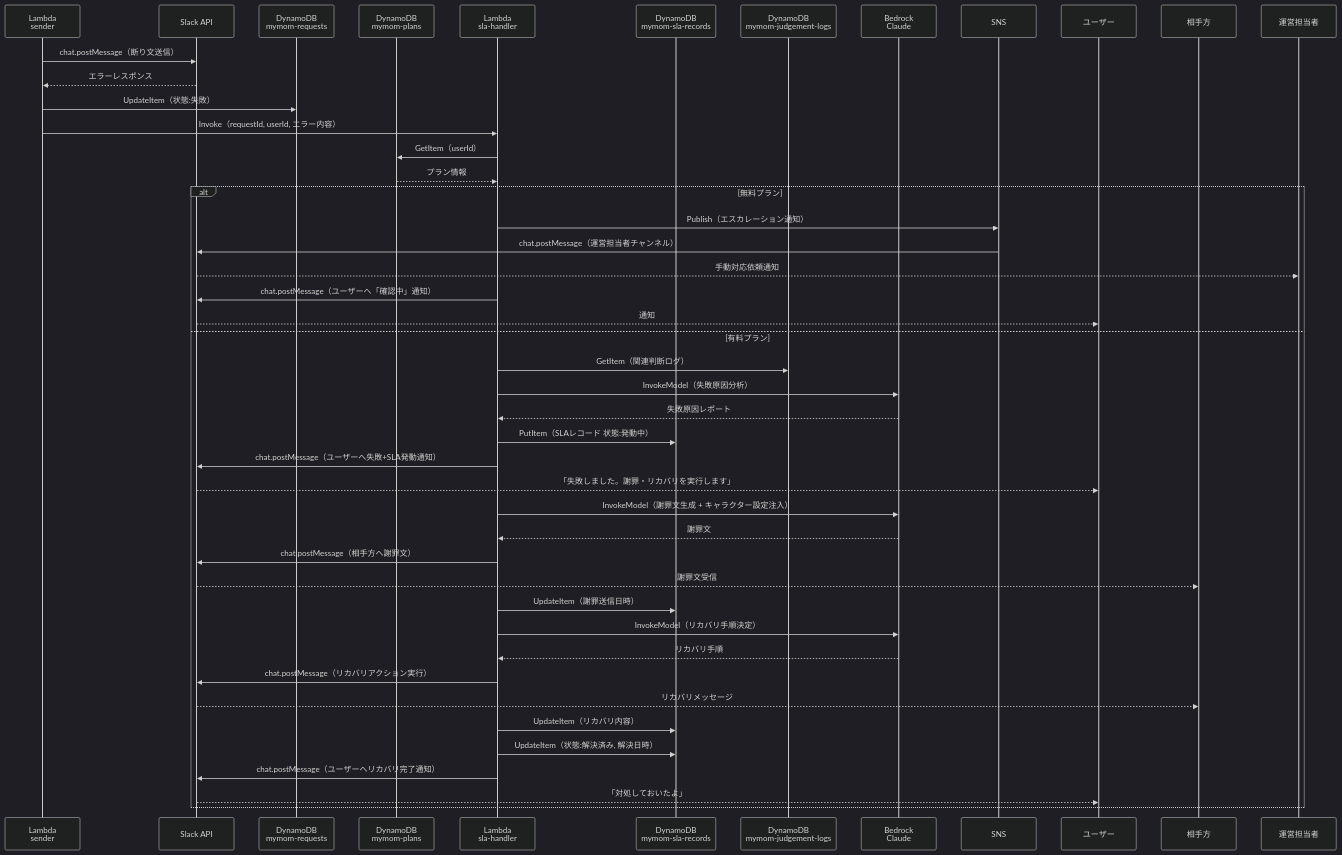
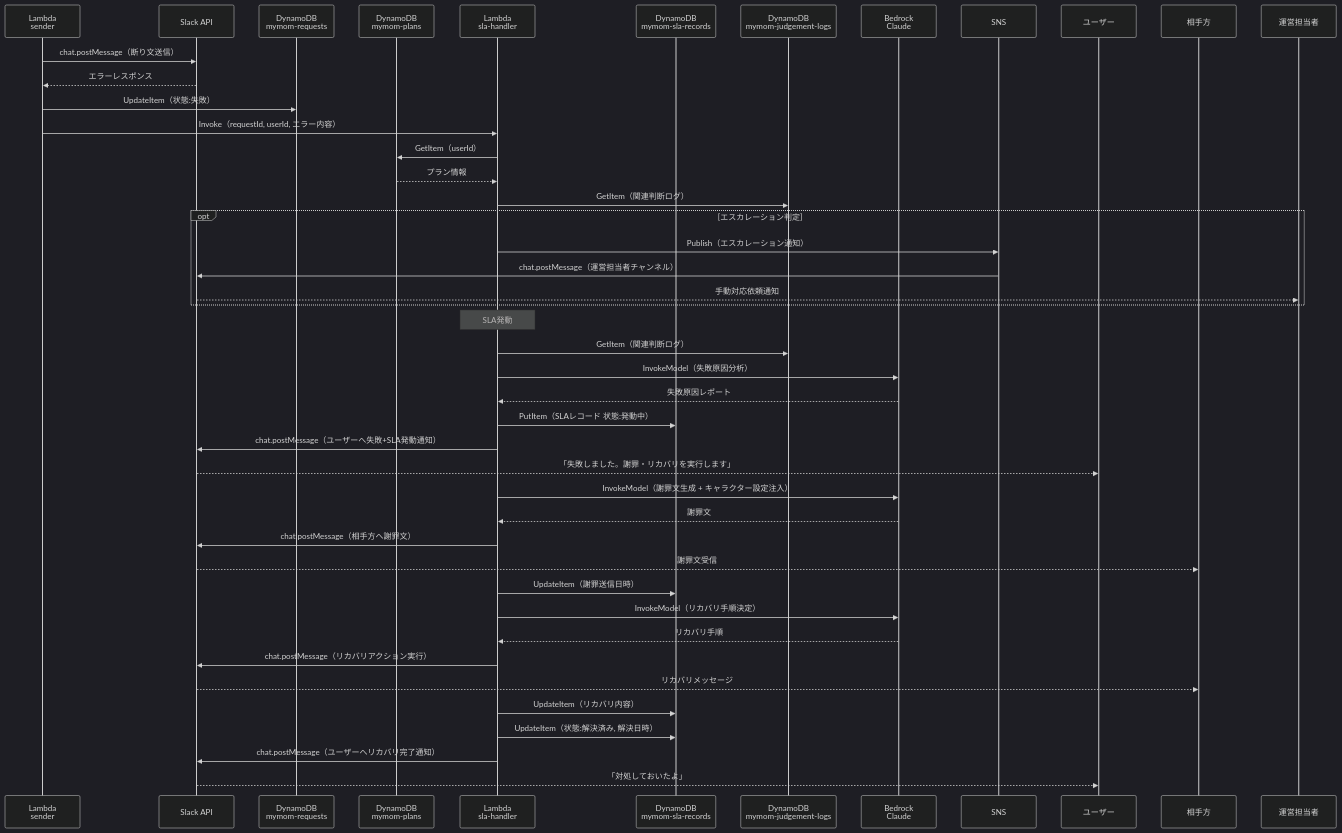
One commit to Goody27/my-mother changed the second of 2 diagrams in aidlc-docs/construction/slack-decline-agent/functional-design/sla-flow.md. Above: the diagram before and after it, drawn with Mermaid (dark theme). The commit also changed other lines of this file and 8 other files, not shown here.

````diff
--- a/aidlc-docs/construction/slack-decline-agent/functional-design/sla-flow.md
+++ b/aidlc-docs/construction/slack-decline-agent/functional-design/sla-flow.md
@@ -82,58 +82,57 @@
 ```mermaid
 sequenceDiagram
     participant Send as Lambda<br/>sender
     participant Slack as Slack API
     participant DBReq as DynamoDB<br/>mymom-requests
     participant DBPlan as DynamoDB<br/>mymom-plans
     participant SLA as Lambda<br/>sla-handler
     participant DBSLA as DynamoDB<br/>mymom-sla-records
     participant DBLog as DynamoDB<br/>mymom-judgement-logs
     participant Claude as Bedrock<br/>Claude
     participant SNS as SNS
     participant User as ユーザー
     participant Counter as 相手方
     participant Admin as 運営担当者
 
     Send->>Slack: chat.postMessage（断り文送信）
     Slack-->>Send: エラーレスポンス
 
     Send->>DBReq: UpdateItem（状態:失敗）
     Send->>SLA: Invoke（requestId, userId, エラー内容）
 
     SLA->>DBPlan: GetItem（userId）
     DBPlan-->>SLA: プラン情報
 
-    alt 無料プラン
+    SLA->>DBLog: GetItem（関連判断ログ）
+    opt エスカレーション判定
         SLA->>SNS: Publish（エスカレーション通知）
         SNS->>Slack: chat.postMessage（運営担当者チャンネル）
         Slack-->>Admin: 手動対応依頼通知
-        SLA->>Slack: chat.postMessage（ユーザーへ「確認中」通知）
-        Slack-->>User: 通知
-    else 有料プラン
+    end
+    Note over SLA: SLA発動
         SLA->>DBLog: GetItem（関連判断ログ）
         SLA->>Claude: InvokeModel（失敗原因分析）
         Claude-->>SLA: 失敗原因レポート
 
         SLA->>DBSLA: PutItem（SLAレコード 状態:発動中）
         SLA->>Slack: chat.postMessage（ユーザーへ失敗+SLA発動通知）
         Slack-->>User: 「失敗しました。謝罪・リカバリを実行します」
 
         SLA->>Claude: InvokeModel（謝罪文生成 + キャラクター設定注入）
         Claude-->>SLA: 謝罪文
 
         SLA->>Slack: chat.postMessage（相手方へ謝罪文）
         Slack-->>Counter: 謝罪文受信
         SLA->>DBSLA: UpdateItem（謝罪送信日時）
 
         SLA->>Claude: InvokeModel（リカバリ手順決定）
         Claude-->>SLA: リカバリ手順
 
         SLA->>Slack: chat.postMessage（リカバリアクション実行）
         Slack-->>Counter: リカバリメッセージ
         SLA->>DBSLA: UpdateItem（リカバリ内容）
 
         SLA->>DBSLA: UpdateItem（状態:解決済み, 解決日時）
         SLA->>Slack: chat.postMessage（ユーザーへリカバリ完了通知）
         Slack-->>User: 「対処しておいたよ」
-    end
 ```
````
